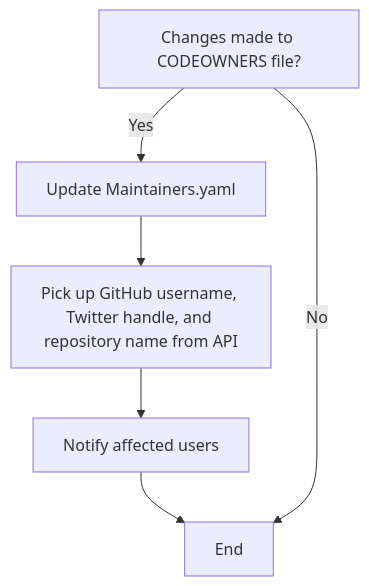
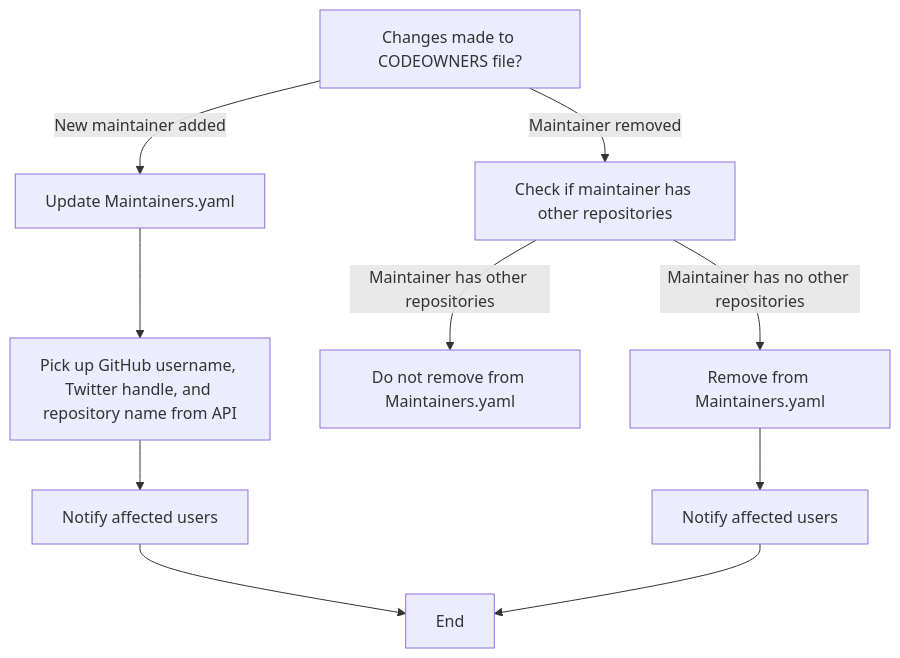
One commit to asyncapi/community changed the fifth of 12 diagrams in mentorship/summerofcode/2023/workflowautomation/README.md. Above: the diagram before and after it, drawn with Mermaid.

Commit message:
fixed update-maintainers workflow

````diff
--- a/mentorship/summerofcode/2023/workflowautomation/README.md
+++ b/mentorship/summerofcode/2023/workflowautomation/README.md
@@ -74,8 +74,13 @@
 ```mermaid
 graph TD;
-A[Changes made to CODEOWNERS file?] --> |Yes| B[Update Maintainers.yaml];
+A[Changes made to CODEOWNERS file?] --> |New maintainer added| B[Update Maintainers.yaml];
+A --> |Maintainer removed| F[Check if maintainer has other repositories];
 B --> C[Pick up GitHub username, Twitter handle, and repository name from API];
 C --> D[Notify affected users];
 D --> E[End];
-A --> |No| E[End];
+F --> |Maintainer has other repositories| G[Do not remove from Maintainers.yaml];
+F --> |Maintainer has no other repositories| H[Remove from Maintainers.yaml];
+H --> I[Notify affected users];
+I --> E;
+
 ```
````
